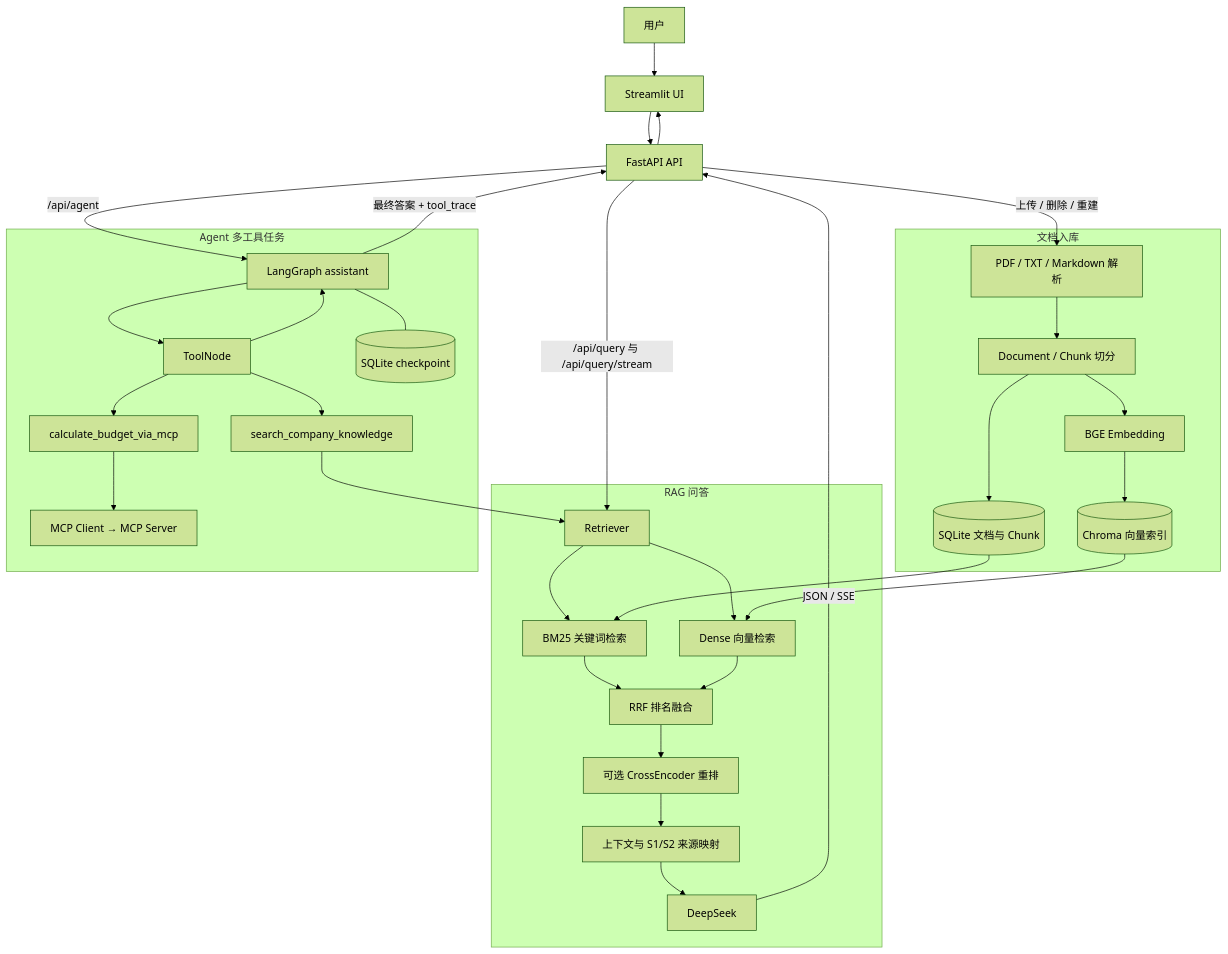
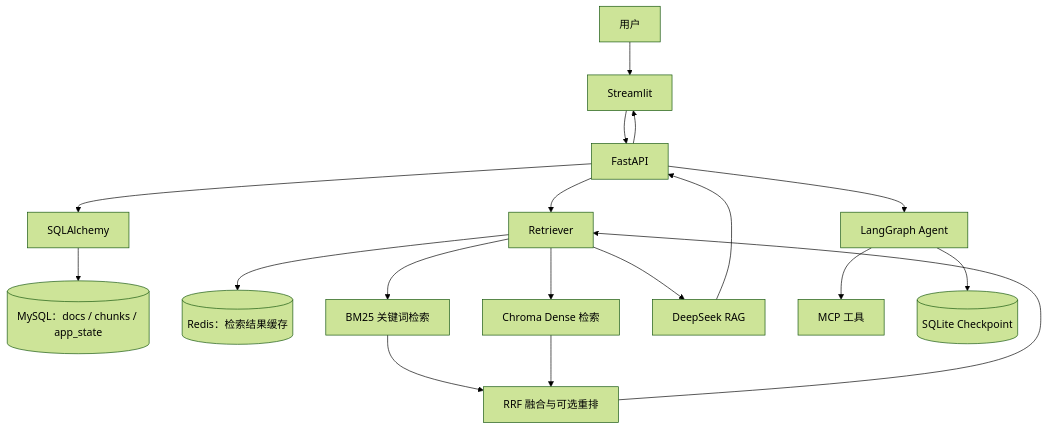
The diagram in README.md (ryougireiko/rag-knowledge-base), drawn with Mermaid (forest theme) before and after one commit. The commit also changed other lines of this file and 21 other files, not shown here.

Commit message:
feat: upgrade enterprise RAG with MySQL and Redis

````diff
--- a/README.md
+++ b/README.md
@@ -41,40 +20,20 @@
 ```mermaid
 flowchart TB
-    U[用户] --> UI[Streamlit UI]
-    UI --> API[FastAPI API]
-
-    subgraph Ingest[文档入库]
-        P[PDF / TXT / Markdown 解析] --> C[Document / Chunk 切分]
-        C --> E[BGE Embedding]
-        C --> S[(SQLite 文档与 Chunk)]
-        E --> V[(Chroma 向量索引)]
-    end
-    API -->|上传 / 删除 / 重建| P
-
-    subgraph Rag[RAG 问答]
-        R[Retriever] --> B[BM25 关键词检索]
-        R --> D[Dense 向量检索]
-        B --> F[RRF 排名融合]
-        D --> F
-        F --> X[可选 CrossEncoder 重排]
-        X --> CT[上下文与 S1/S2 来源映射]
-        CT --> L[DeepSeek]
-    end
-    API -->|/api/query 与 /api/query/stream| R
-    S --> B
-    V --> D
-    L -->|JSON / SSE| API
-
-    subgraph Agent[Agent 多工具任务]
-        G[LangGraph assistant] --> T[ToolNode]
-        T --> KS[search_company_knowledge]
-        T --> MC[calculate_budget_via_mcp]
-        MC --> MS[MCP Client → MCP Server]
-        T --> G
-        G --- CP[(SQLite checkpoint)]
-    end
-    API -->|/api/agent| G
-    KS --> R
-    G -->|最终答案 + tool_trace| API
+    U[用户] --> UI[Streamlit]
+    UI --> API[FastAPI]
+    API --> ORM[SQLAlchemy]
+    ORM --> DB[(MySQL：docs / chunks / app_state)]
+    API --> RET[Retriever]
+    RET --> CACHE[(Redis：检索结果缓存)]
+    RET --> BM25[BM25 关键词检索]
+    RET --> DENSE[Chroma Dense 检索]
+    BM25 --> RRF[RRF 融合与可选重排]
+    DENSE --> RRF
+    RRF --> RET
+    RET --> LLM[DeepSeek RAG]
+    API --> AGENT[LangGraph Agent]
+    AGENT --> MCP[MCP 工具]
+    AGENT --> CP[(SQLite Checkpoint)]
+    LLM --> API
     API --> UI
 ```
````
